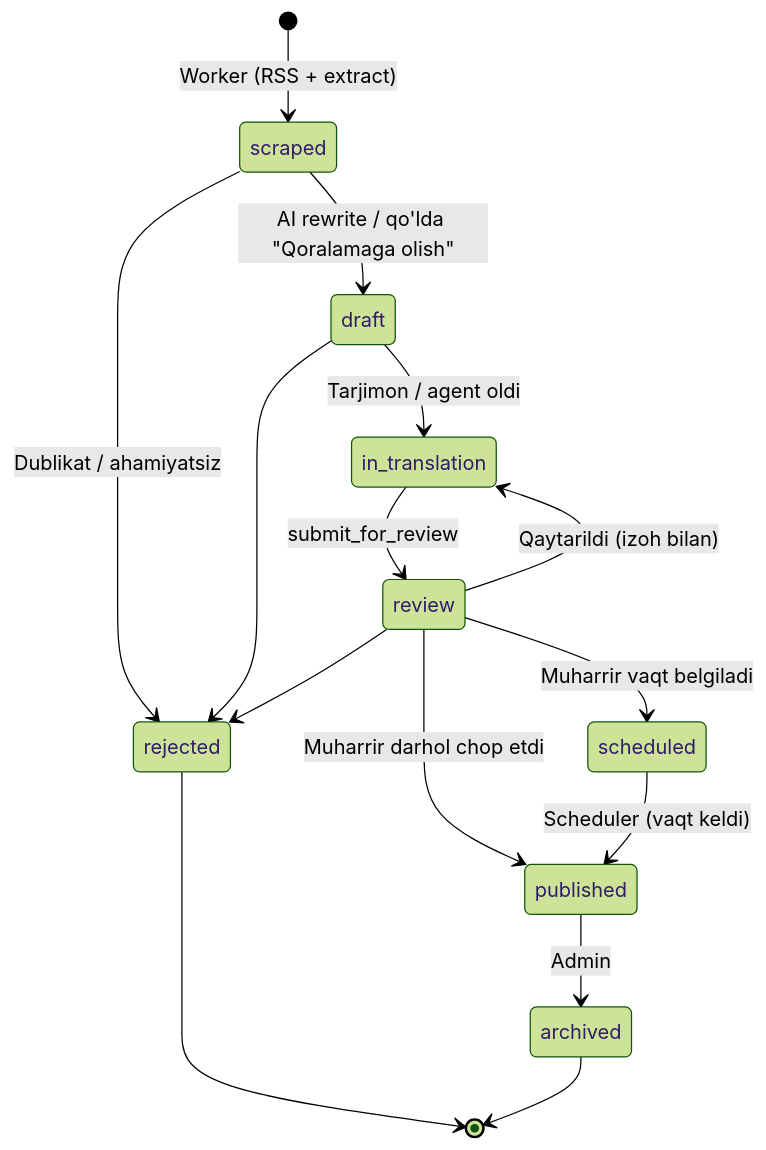
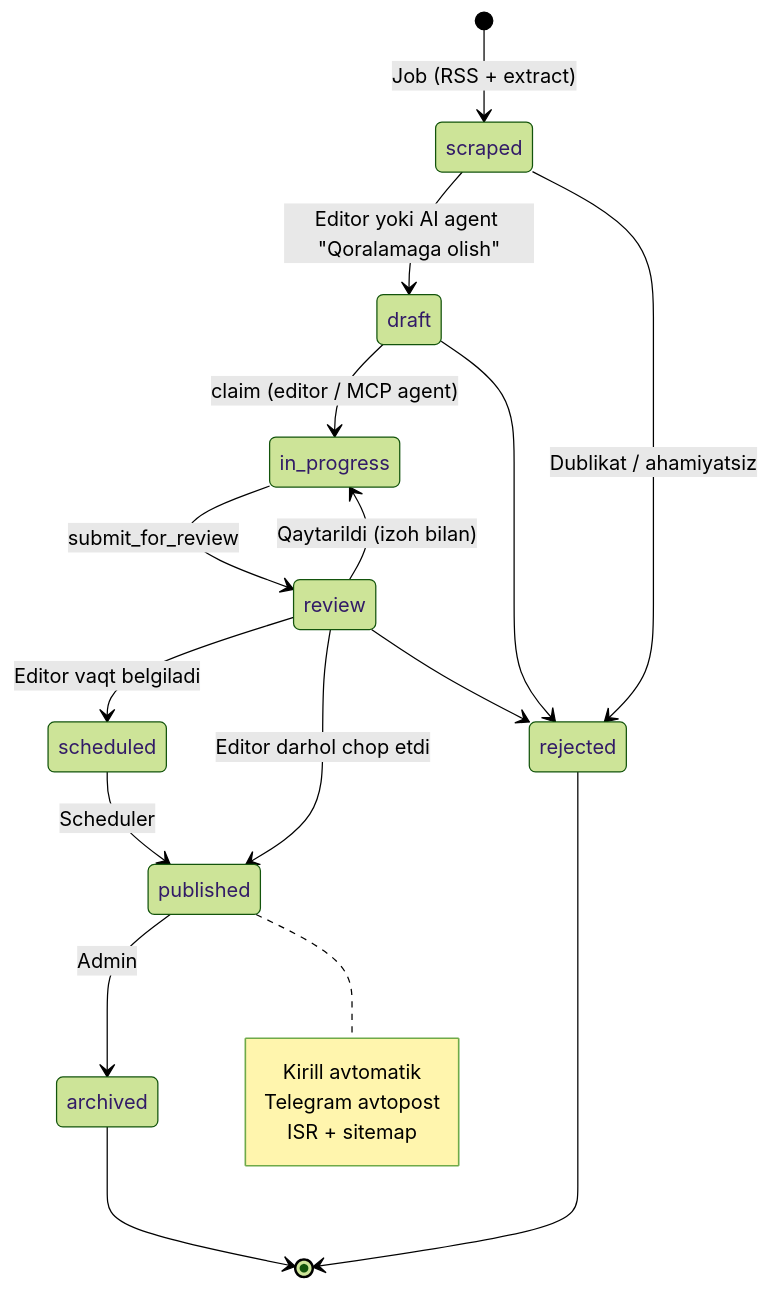
The second of 3 diagrams in docs/TZ.md (Odya-LLC/blog_odya), drawn with Mermaid (forest theme) before and after one commit. The commit also changed other lines of this file and 3 other files, not shown here.

````diff
--- a/docs/TZ.md
+++ b/docs/TZ.md
@@ -274,17 +326,22 @@
 ```mermaid
 stateDiagram-v2
-    [*] --> scraped: Worker (RSS + extract)
-    scraped --> draft: AI rewrite / qo'lda "Qoralamaga olish"
+    [*] --> scraped: Job (RSS + extract)
+    scraped --> draft: Editor yoki AI agent "Qoralamaga olish"
     scraped --> rejected: Dublikat / ahamiyatsiz
-    draft --> in_translation: Tarjimon / agent oldi
-    in_translation --> review: submit_for_review
-    review --> in_translation: Qaytarildi (izoh bilan)
-    review --> scheduled: Muharrir vaqt belgiladi
-    review --> published: Muharrir darhol chop etdi
-    scheduled --> published: Scheduler (vaqt keldi)
+    draft --> in_progress: claim (editor / MCP agent)
+    in_progress --> review: submit_for_review
+    review --> in_progress: Qaytarildi (izoh bilan)
+    review --> scheduled: Editor vaqt belgiladi
+    review --> published: Editor darhol chop etdi
+    scheduled --> published: Scheduler
+    published --> archived: Admin
     draft --> rejected
     review --> rejected
-    published --> archived: Admin
     rejected --> [*]
     archived --> [*]
+    note right of published
+        Kirill avtomatik
+        Telegram avtopost
+        ISR + sitemap
+    end note
 ```
````
